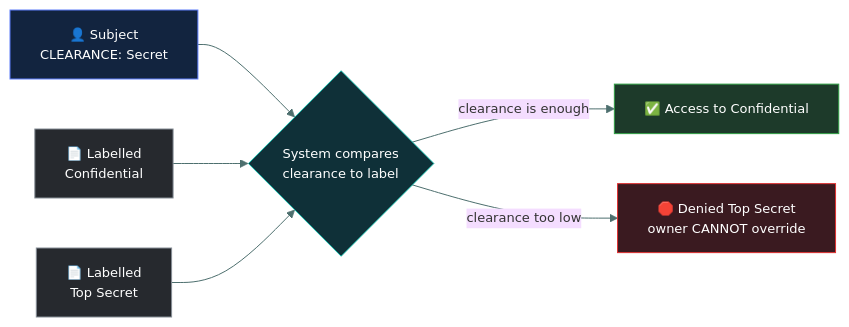
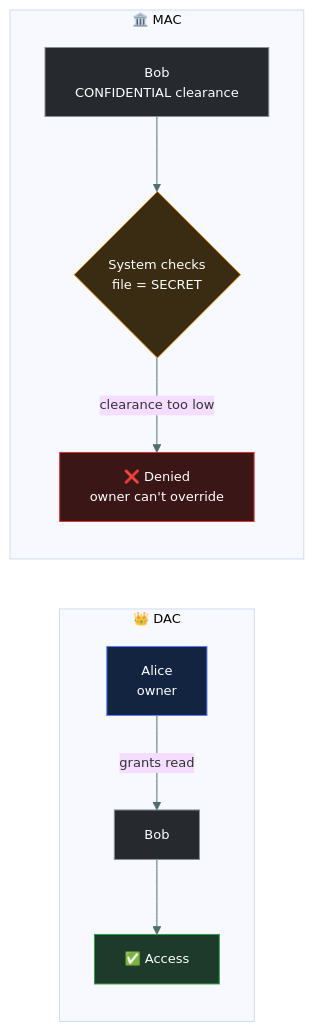
One commit to tarunTejaDesireddy/cc-exam-prep changed the second of 5 diagrams in 03-access-control/dac-mac-rbac-abac/README.md. Above: the diagram before and after it, drawn with Mermaid. The commit also changed other lines of this file, not shown here.

Commit message:
Replace DAC/MAC/RBAC/ABAC with caveman-style version, diagrams and questions

````diff
--- a/03-access-control/dac-mac-rbac-abac/README.md
+++ b/03-access-control/dac-mac-rbac-abac/README.md
@@ -121,16 +146,19 @@
 ```mermaid
 %%{init: {'theme':'base','themeVariables':{'fontSize':'13px','lineColor':'#4d6f6e','textColor':'#dbe7e6'}}}%%
 flowchart LR
-    S["👤 Subject<br/>CLEARANCE: Secret"] --> C{"System compares<br/>clearance to label"}
-    O1["📄 Labelled<br/>Confidential"] --> C
-    O2["📄 Labelled<br/>Top Secret"] --> C
-    C -->|"clearance is enough"| Y["✅ Access to Confidential"]
-    C -->|"clearance too low"| N["🛑 Denied Top Secret<br/>owner CANNOT override"]
+    subgraph DAC["👑 DAC"]
+        O1["Alice<br/>owner"] -->|"grants read"| B1["Bob"]
+        B1 --> Y["✅ Access"]
+    end
+    subgraph MAC["🏛️ MAC"]
+        B2["Bob<br/>CONFIDENTIAL clearance"] --> S{"System checks<br/>file = SECRET"}
+        S -->|"clearance too low"| N["❌ Denied<br/>owner can't override"]
+    end
 
-    style S fill:#12243f,stroke:#5C7CFA,color:#fff
-    style O1 fill:#26292e,stroke:#868E96,color:#fff
-    style O2 fill:#26292e,stroke:#868E96,color:#fff
-    style C fill:#0f3038,stroke:#12B5A5,color:#fff
+    style O1 fill:#12243f,stroke:#5C7CFA,color:#fff
+    style B1 fill:#26292e,stroke:#868E96,color:#fff
+    style B2 fill:#26292e,stroke:#868E96,color:#fff
+    style S fill:#3a2c12,stroke:#F08C00,color:#fff
     style Y fill:#1d3a2a,stroke:#2F9E44,color:#fff
-    style N fill:#3a1a20,stroke:#E03131,color:#fff
+    style N fill:#3a1616,stroke:#E03131,color:#fff
 ```
````
